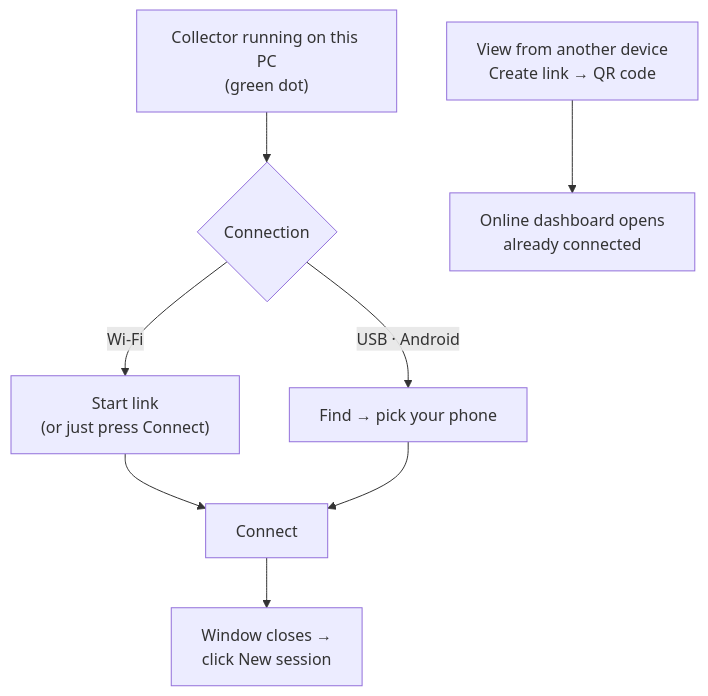
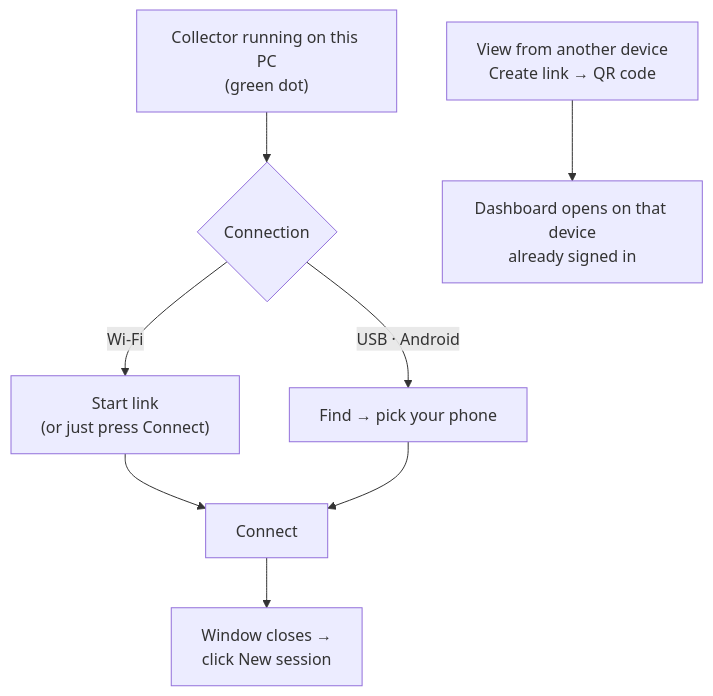
Before and after one commit to DeoneAI/tepegoz: the second of 7 diagrams in HOW_TO_USE.md, drawn with Mermaid. The commit also changed other lines of this file and 31 other files, not shown here.

````diff
--- a/HOW_TO_USE.md
+++ b/HOW_TO_USE.md
@@ -51,10 +60,10 @@
 ```mermaid
 flowchart TD
     A["Collector running on this PC<br/>(green dot)"] --> B{"Connection"}
     B -- "Wi-Fi" --> W["Start link<br/>(or just press Connect)"]
     B -- "USB · Android" --> U["Find → pick your phone"]
     W --> C["Connect"]
     U --> C
     C --> N["Window closes →<br/>click New session"]
-    R["View from another device<br/>Create link → QR code"] --> V["Online dashboard opens<br/>already connected"]
+    R["View from another device<br/>Create link → QR code"] --> V["Dashboard opens on that device<br/>already signed in"]
 ```
````
